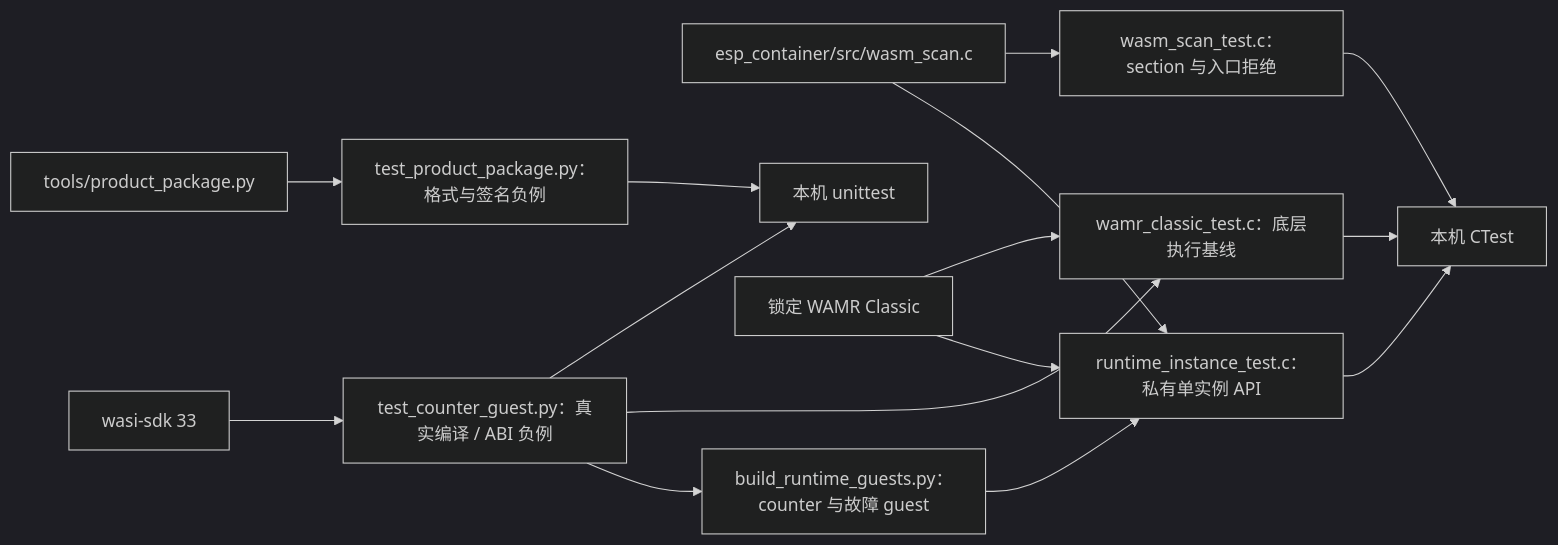
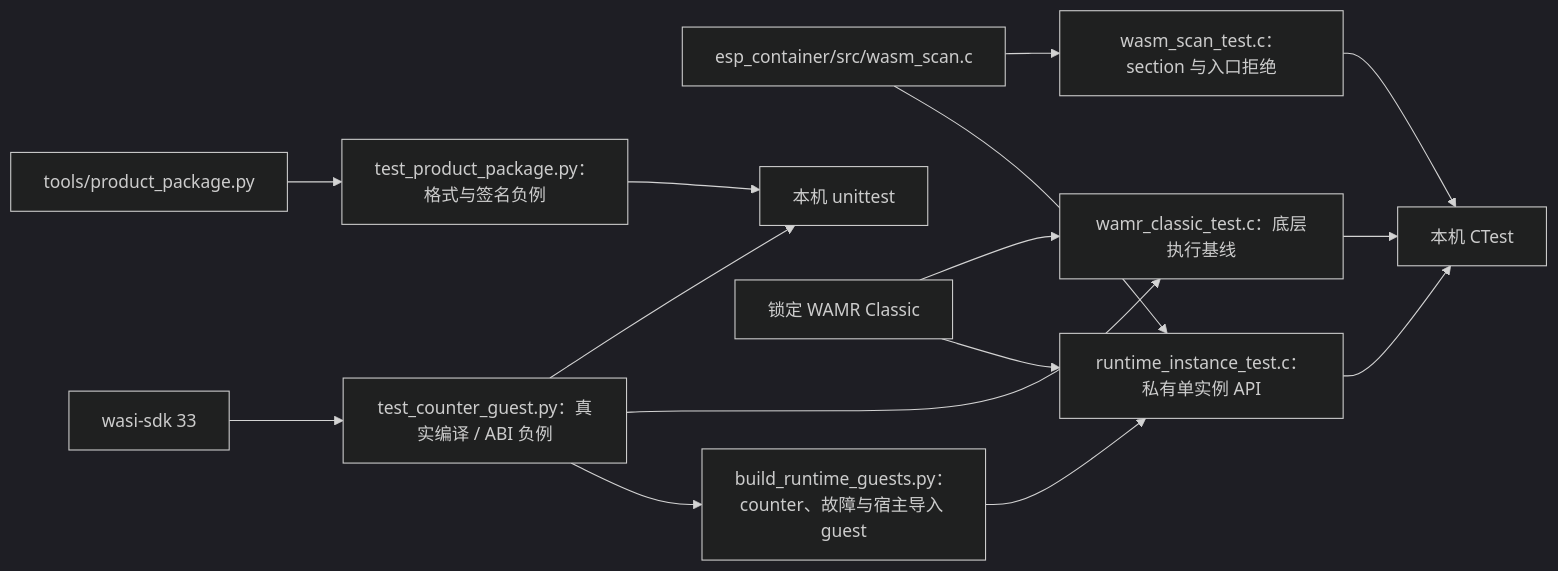
The diagram in tests/README.md (darren-you/esp-container), drawn with Mermaid (dark theme) before and after one commit. The commit also changed other lines of this file and 17 other files, not shown here.

````diff
--- a/tests/README.md
+++ b/tests/README.md
@@ -5,17 +5,17 @@
 ```mermaid
 flowchart LR
     package["tools/product_package.py"] --> py["test_product_package.py：格式与签名负例"]
     scanner["esp_container/src/wasm_scan.c"] --> c["wasm_scan_test.c：section 与入口拒绝"]
     wasi["wasi-sdk 33"] --> guest["test_counter_guest.py：真实编译 / ABI 负例"]
     guest --> host
     wamr["锁定 WAMR Classic"] --> baseline["wamr_classic_test.c：底层执行基线"]
     guest --> baseline
-    guest --> fixtures["build_runtime_guests.py：counter 与故障 guest"]
+    guest --> fixtures["build_runtime_guests.py：counter、故障与宿主导入 guest"]
     wamr --> instance["runtime_instance_test.c：私有单实例 API"]
     fixtures --> instance
     scanner --> instance
     py --> host["本机 unittest"]
     c --> ctest["本机 CTest"]
     baseline --> ctest
     instance --> ctest
 ```
````
